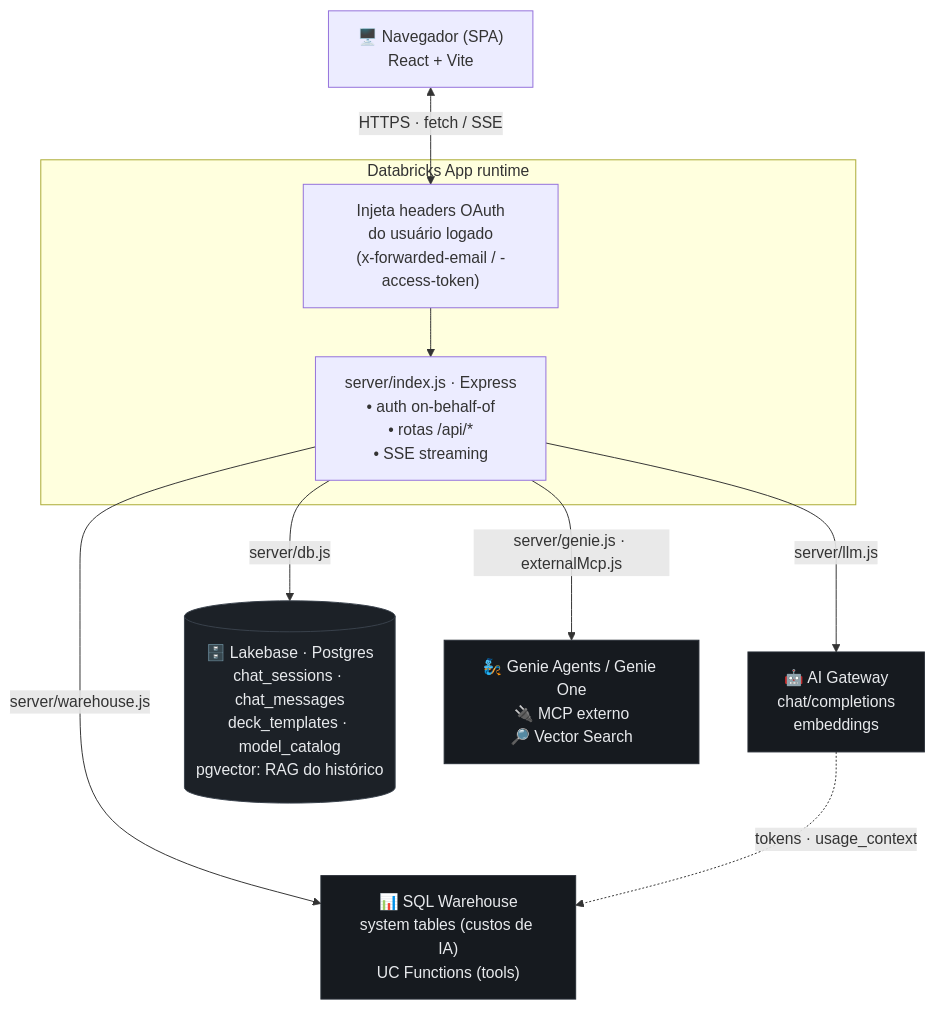
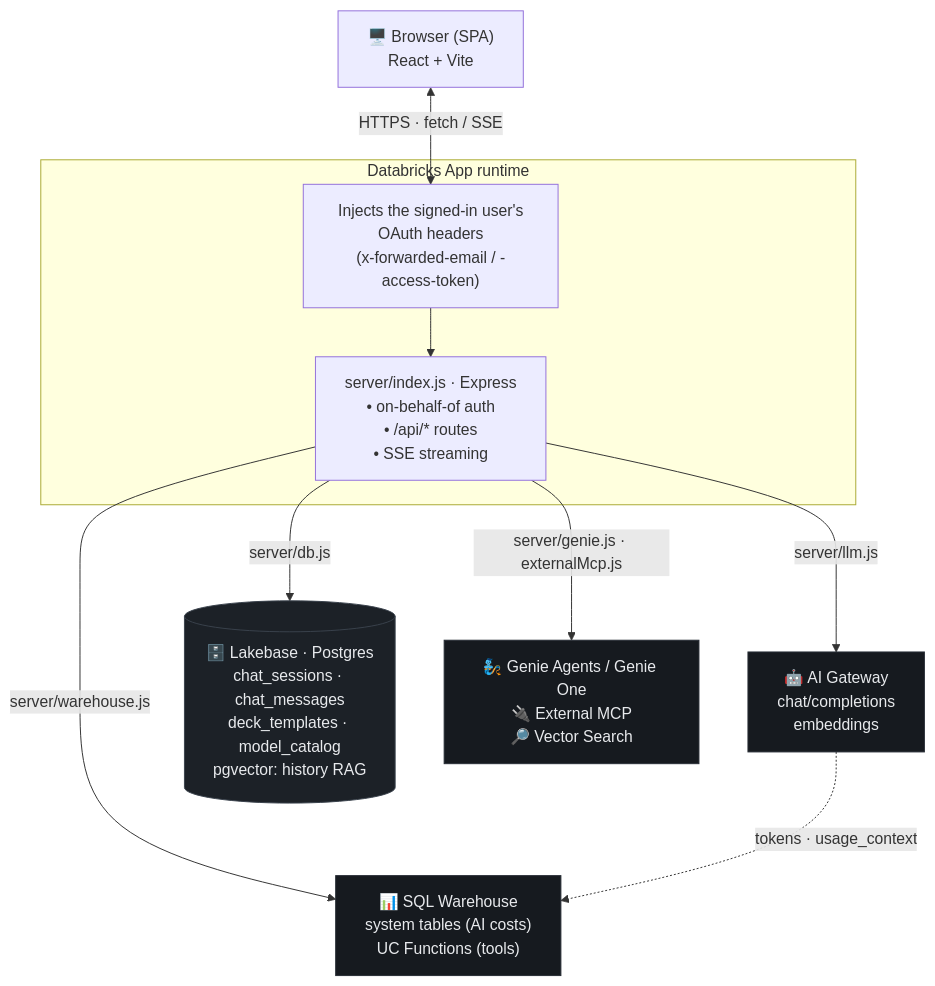
Before and after one commit to pedrotramos/ai-prism: the diagram in README.md, drawn with Mermaid. The commit also changed other lines of this file and 31 other files, not shown here.

````diff
--- a/README.md
+++ b/README.md
@@ -35,24 +39,24 @@
 ```mermaid
 flowchart TB
-    SPA["🖥️ Navegador (SPA)<br/>React + Vite"]
+    SPA["🖥️ Browser (SPA)<br/>React + Vite"]
 
     subgraph runtime["Databricks App runtime"]
-        APP["Injeta headers OAuth<br/>do usuário logado<br/>(x-forwarded-email / -access-token)"]
-        SRV["server/index.js · Express<br/>• auth on-behalf-of<br/>• rotas /api/*<br/>• SSE streaming"]
+        APP["Injects the signed-in user's<br/>OAuth headers<br/>(x-forwarded-email / -access-token)"]
+        SRV["server/index.js · Express<br/>• on-behalf-of auth<br/>• /api/* routes<br/>• SSE streaming"]
         APP --> SRV
     end
 
     SPA <-->|"HTTPS · fetch / SSE"| APP
 
     SRV -->|"server/llm.js"| GW["🤖 AI Gateway<br/>chat/completions<br/>embeddings"]
-    SRV -->|"server/db.js"| LB[("🗄️ Lakebase · Postgres<br/>chat_sessions · chat_messages<br/>deck_templates · model_catalog<br/>pgvector: RAG do histórico")]
-    SRV -->|"server/warehouse.js"| WH["📊 SQL Warehouse<br/>system tables (custos de IA)<br/>UC Functions (tools)"]
-    SRV -->|"server/genie.js · externalMcp.js"| EXT["🧞 Genie Agents / Genie One<br/>🔌 MCP externo<br/>🔎 Vector Search"]
+    SRV -->|"server/db.js"| LB[("🗄️ Lakebase · Postgres<br/>chat_sessions · chat_messages<br/>deck_templates · model_catalog<br/>pgvector: history RAG")]
+    SRV -->|"server/warehouse.js"| WH["📊 SQL Warehouse<br/>system tables (AI costs)<br/>UC Functions (tools)"]
+    SRV -->|"server/genie.js · externalMcp.js"| EXT["🧞 Genie Agents / Genie One<br/>🔌 External MCP<br/>🔎 Vector Search"]
 
     GW -.->|"tokens · usage_context"| WH
 
     classDef store fill:#1c2127,stroke:#3A424C,color:#e8eaed;
     classDef svc fill:#161a1f,stroke:#272d35,color:#e8eaed;
     class GW,WH,EXT svc;
     class LB store;
 ```
````
